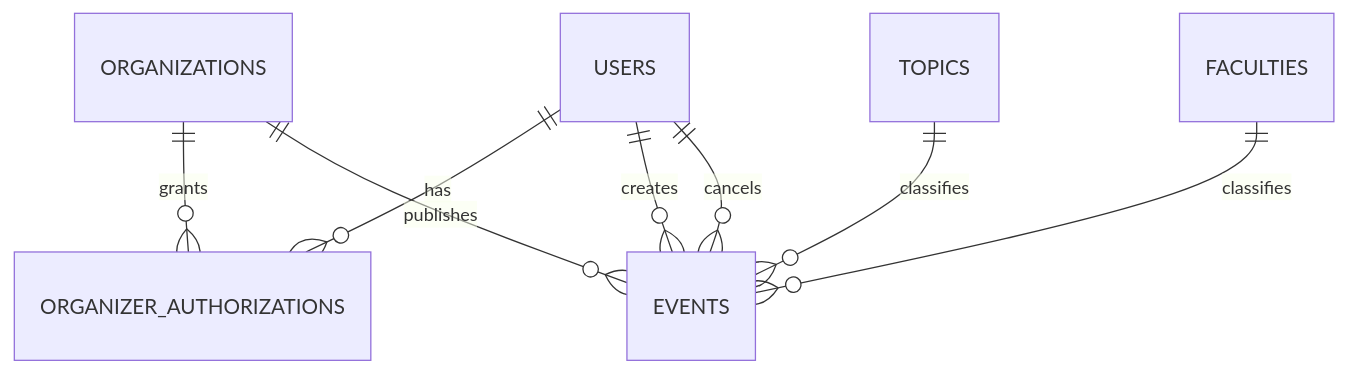
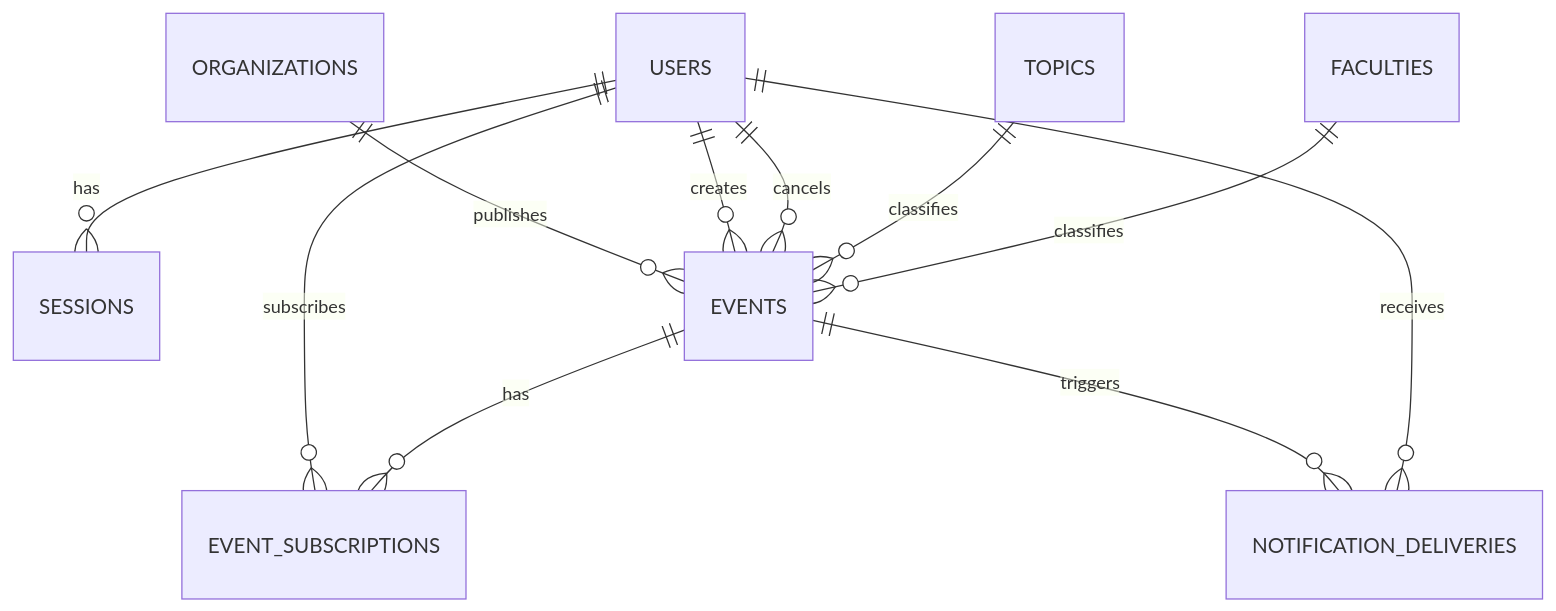
The first of 2 diagrams in docs/database-schema.md (diantsi/AlmaMater), drawn with Mermaid before and after one commit. The commit also changed other lines of this file and 15 other files, not shown here.

````diff
--- a/docs/database-schema.md
+++ b/docs/database-schema.md
@@ -31,10 +33,13 @@
 ```mermaid
 erDiagram
-    USERS ||--o{ ORGANIZER_AUTHORIZATIONS : has
-    ORGANIZATIONS ||--o{ ORGANIZER_AUTHORIZATIONS : grants
+    USERS ||--o{ SESSIONS : has
     ORGANIZATIONS ||--o{ EVENTS : publishes
     USERS ||--o{ EVENTS : creates
+    USERS ||--o{ EVENTS : cancels
     TOPICS ||--o{ EVENTS : classifies
     FACULTIES ||--o{ EVENTS : classifies
-    USERS ||--o{ EVENTS : cancels
+    USERS ||--o{ EVENT_SUBSCRIPTIONS : subscribes
+    EVENTS ||--o{ EVENT_SUBSCRIPTIONS : has
+    EVENTS ||--o{ NOTIFICATION_DELIVERIES : triggers
+    USERS ||--o{ NOTIFICATION_DELIVERIES : receives
 ```
````
